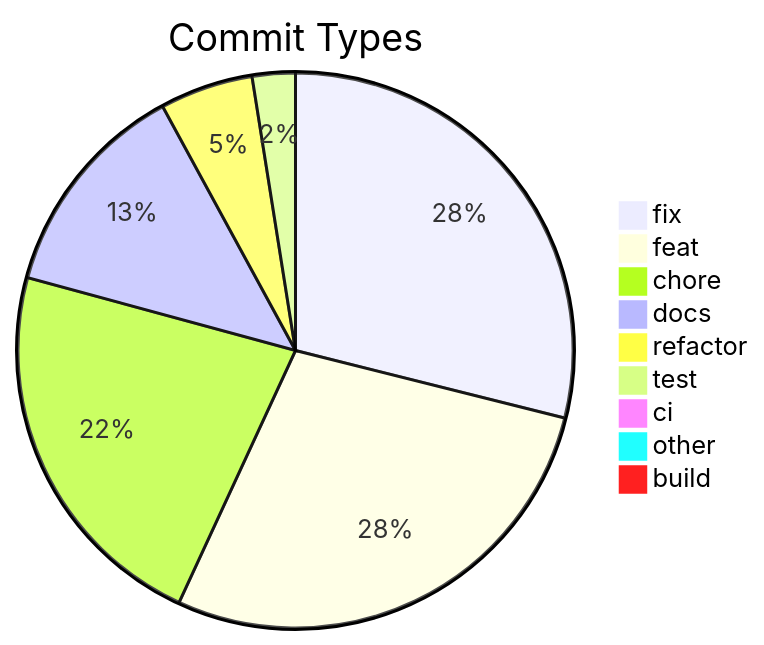
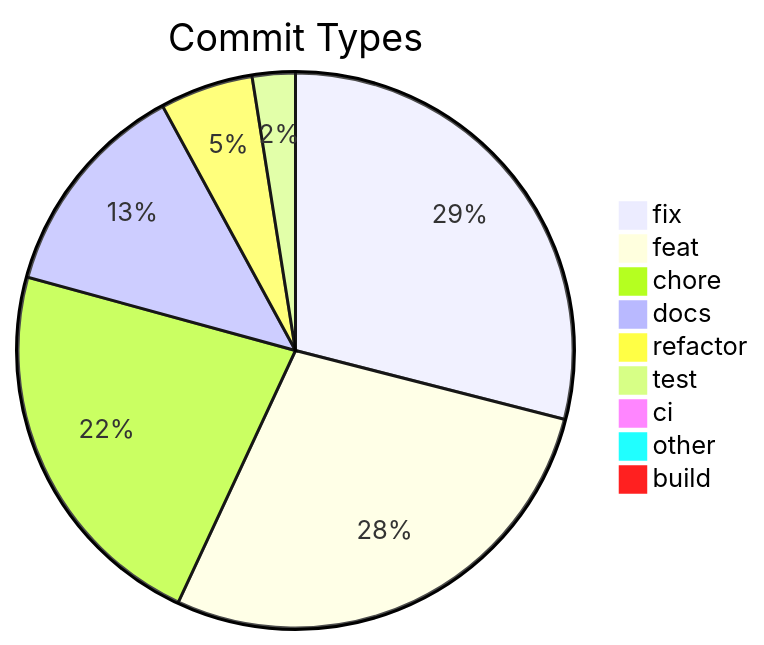
The diagram in .shipwright/compliance/change-history.md (svenroth-ai/shipwright), drawn with Mermaid before and after one commit. The commit also changed other lines of this file and 16 other files, not shown here.

````diff
--- a/.shipwright/compliance/change-history.md
+++ b/.shipwright/compliance/change-history.md
@@ -8,12 +8,12 @@
 ```mermaid
 pie title Commit Types
-    "fix" : 277
+    "fix" : 278
     "feat" : 268
     "chore" : 214
     "docs" : 123
     "refactor" : 52
     "test" : 24
     "ci" : 7
     "other" : 7
     "build" : 1
 ```
````
